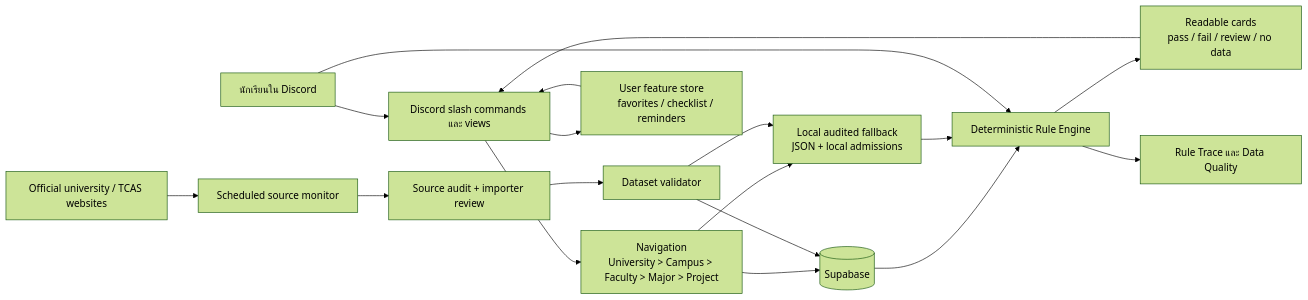
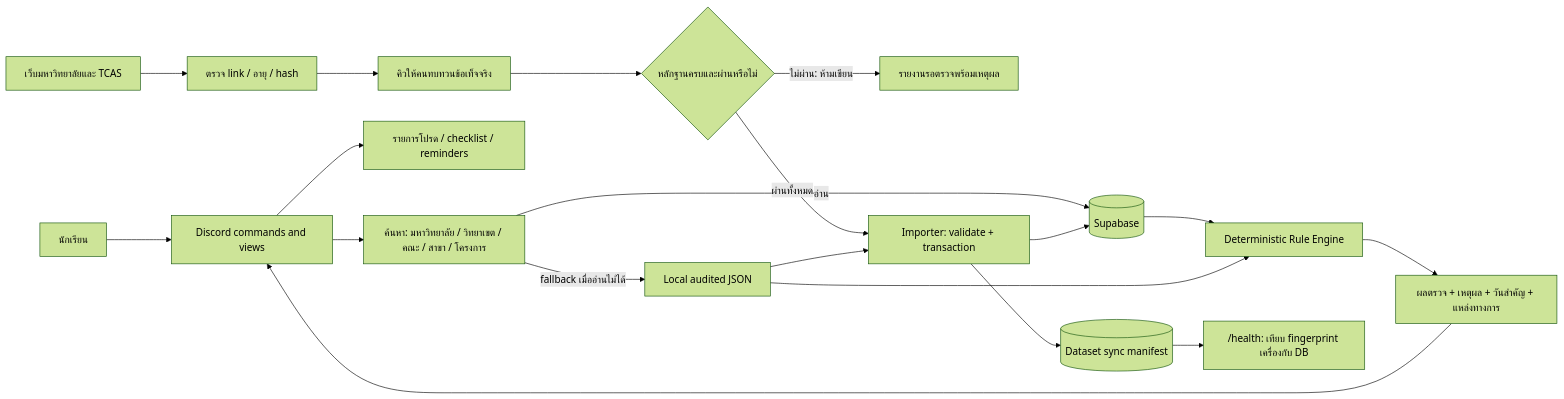
Before and after one commit to peerephat54/Bot_1: the first of 3 diagrams in docs/ARCHITECTURE.md, drawn with Mermaid (forest theme). The commit also changed other lines of this file and 19 other files, not shown here.

````diff
--- a/docs/ARCHITECTURE.md
+++ b/docs/ARCHITECTURE.md
@@ -9,35 +19,22 @@
 ```mermaid
 flowchart LR
-    U[นักเรียนใน Discord]
-    D[Discord slash commands และ views]
-    N[Navigation\nUniversity > Campus > Faculty > Major > Project]
-    S[(Supabase)]
-    L[Local audited fallback\nJSON + local admissions]
-    R[Deterministic Rule Engine]
-    C[Readable cards\npass / fail / review / no data]
-    W[Scheduled source monitor]
-    O[Official university / TCAS websites]
-    A[Source audit + importer review]
-    V[Dataset validator]
-    T[Rule Trace และ Data Quality]
-    P[User feature store
-    favorites / checklist / reminders]
+    User[นักเรียน] --> Discord[Discord commands and views]
+    Discord --> Nav[ค้นหา: มหาวิทยาลัย / วิทยาเขต / คณะ / สาขา / โครงการ]
+    Nav -->|อ่าน| Supabase[(Supabase)]
+    Nav -->|fallback เมื่ออ่านไม่ได้| Local[Local audited JSON]
+    Supabase --> Rules[Deterministic Rule Engine]
+    Local --> Rules
+    Rules --> Cards[ผลตรวจ + เหตุผล + วันสำคัญ + แหล่งทางการ]
+    Cards --> Discord
+    Discord --> UserData[รายการโปรด / checklist / reminders]
 
-    U --> D
-    D --> N
-    N --> S
-    N --> L
-    S --> R
-    L --> R
-    U --> R
-    R --> C
-    R --> T
-    C --> D
-    D --> P
-    P --> D
-    O --> W
-    W --> A
-    A --> V
-    V --> S
-    V --> L
+    Official[เว็บมหาวิทยาลัยและ TCAS] --> Monitor[ตรวจ link / อายุ / hash]
+    Monitor --> Review[คิวให้คนทบทวนข้อเท็จจริง]
+    Review --> Gate{หลักฐานครบและผ่านหรือไม่}
+    Gate -->|ไม่ผ่าน: ห้ามเขียน| Queue[รายงานรอตรวจพร้อมเหตุผล]
+    Gate -->|ผ่านทั้งหมด| Importer[Importer: validate + transaction]
+    Local --> Importer
+    Importer --> Supabase
+    Importer --> Manifest[(Dataset sync manifest)]
+    Manifest --> Health["/health: เทียบ fingerprint เครื่องกับ DB"]
 ```
````
